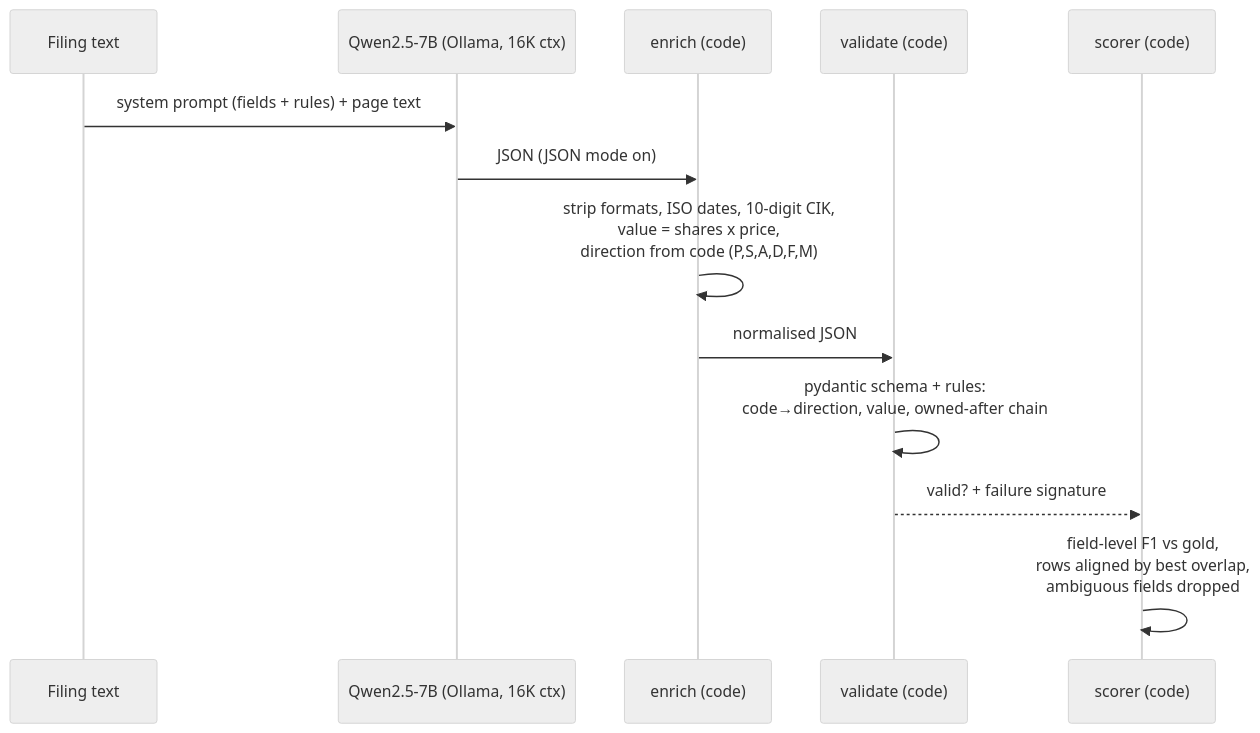
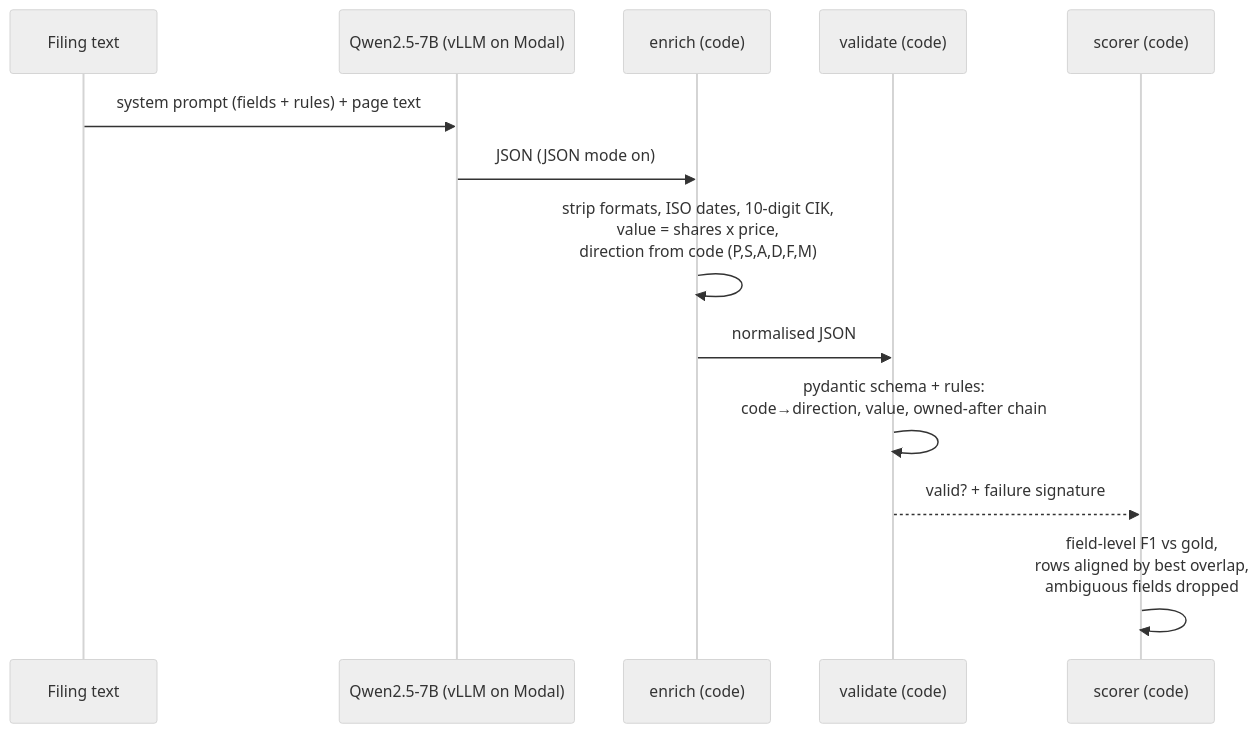
The third of 3 diagrams in docs/HOW_IT_WORKS.md (michael-jw-ji/AutoExtract), drawn with Mermaid (neutral theme) before and after one commit. The commit also changed other lines of this file and 11 other files, not shown here.

````diff
--- a/docs/HOW_IT_WORKS.md
+++ b/docs/HOW_IT_WORKS.md
@@ -162,15 +162,15 @@
 ```mermaid
 sequenceDiagram
     participant D as Filing text
-    participant M as Qwen2.5-7B (Ollama, 16K ctx)
+    participant M as Qwen2.5-7B (vLLM on Modal)
     participant E as enrich (code)
     participant V as validate (code)
     participant S as scorer (code)
     D->>M: system prompt (fields + rules) + page text
     M->>E: JSON (JSON mode on)
     E->>E: strip formats, ISO dates, 10-digit CIK,<br/>value = shares x price,<br/>direction from code (P,S,A,D,F,M)
     E->>V: normalised JSON
     V->>V: pydantic schema + rules:<br/>code→direction, value, owned-after chain
     V-->>S: valid? + failure signature
     S->>S: field-level F1 vs gold,<br/>rows aligned by best overlap,<br/>ambiguous fields dropped
 ```
````
